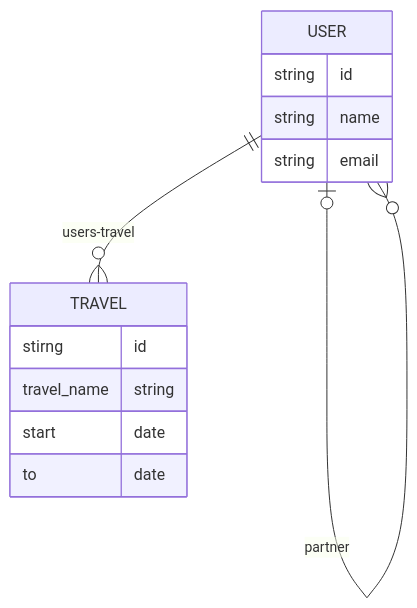
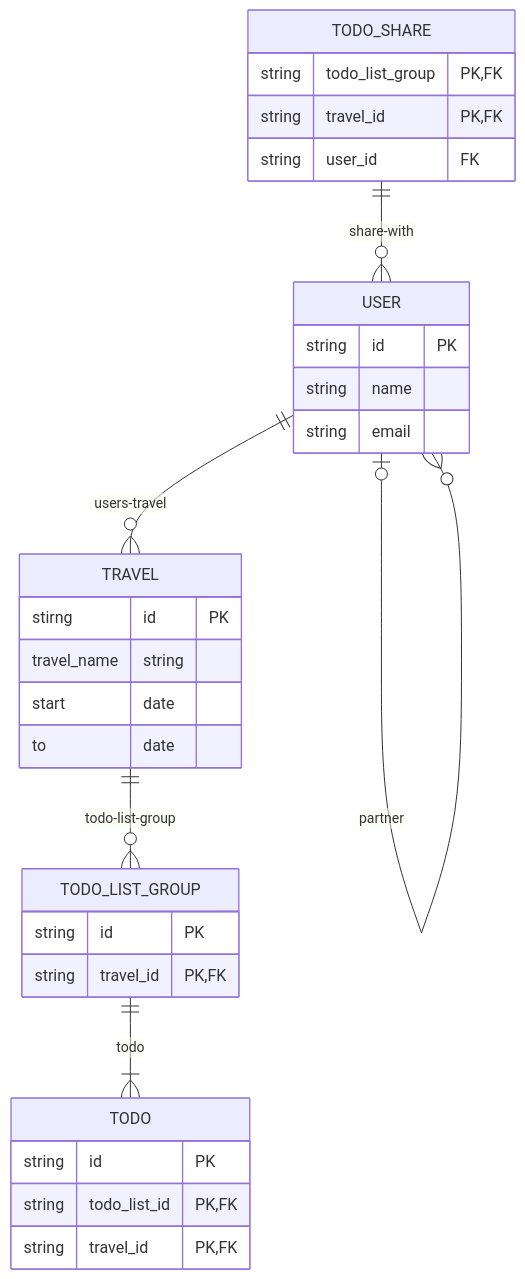
One commit to hitohata/WhereWereWe changed the diagram in docs/project/docs/data-structure/schema.md. Above: the diagram before and after it, drawn with Mermaid. The commit also changed 2 other files, not shown here.

Commit message:
Docs/84 write a db document (#89)
* feat: updated structures

* fix: dir name

* docs: added the schema

* docs: added the todo schema

````diff
--- a/docs/project/docs/data-structure/schema.md
+++ b/docs/project/docs/data-structure/schema.md
@@ -3,20 +3,39 @@
 ```mermaid
 erDiagram
 
     USER {
-        string id
+        string id PK
         string name
         string email
     }
     
     TRAVEL {
-        stirng id
+        stirng id PK
         travel_name string
         start date
         to date
     }
+    
+    TODO_LIST_GROUP {
+        string id PK
+        string travel_id PK,FK
+    }
+    
+    TODO_SHARE {
+        string todo_list_group PK,FK 
+        string travel_id PK,FK
+        string user_id FK
+    }
+    
+    TODO {
+        string id PK
+        string todo_list_id PK,FK
+        string travel_id PK,FK
+    }
 
     USER |o--o{ USER : partner
     USER ||--o{ TRAVEL: users-travel
-
+    TRAVEL ||--o{ TODO_LIST_GROUP: todo-list-group
+    TODO_SHARE ||--o{ USER: share-with
+    TODO_LIST_GROUP ||--|{ TODO: todo
 ```
````
